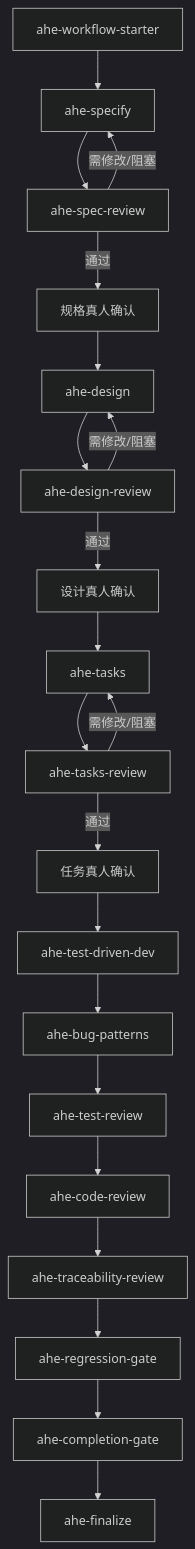
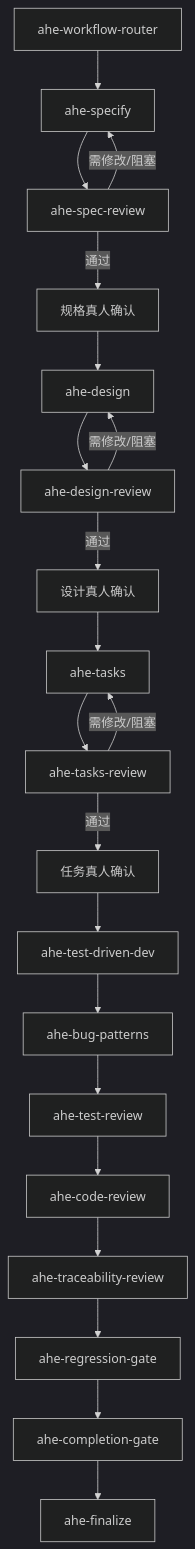
The second of 3 diagrams in skills/ahe-skills-design.md (hujianbest/awesome-harness), drawn with Mermaid (dark theme) before and after one commit. The commit also changed other lines of this file and 62 other files, not shown here.

First line of the commit message:
完成 starter 退场并收口 router-era 契约

````diff
--- a/skills/ahe-skills-design.md
+++ b/skills/ahe-skills-design.md
@@ -652,42 +655,42 @@
 ```mermaid
 flowchart TD
-    starter[ahe-workflow-starter]
+    router[ahe-workflow-router]
     specify[ahe-specify]
     specReview[ahe-spec-review]
     specConfirm[规格真人确认]
     design[ahe-design]
     designReview[ahe-design-review]
     designConfirm[设计真人确认]
     tasks[ahe-tasks]
     tasksReview[ahe-tasks-review]
     tasksConfirm[任务真人确认]
     implement[ahe-test-driven-dev]
     bugPatterns[ahe-bug-patterns]
     testReview[ahe-test-review]
     codeReview[ahe-code-review]
     traceabilityReview[ahe-traceability-review]
     regressionGate[ahe-regression-gate]
     completionGate[ahe-completion-gate]
     finalize[ahe-finalize]
 
-    starter --> specify
+    router --> specify
     specify --> specReview
     specReview -->|通过| specConfirm
     specReview -->|需修改/阻塞| specify
     specConfirm --> design
     design --> designReview
     designReview -->|通过| designConfirm
     designReview -->|需修改/阻塞| design
     designConfirm --> tasks
     tasks --> tasksReview
     tasksReview -->|通过| tasksConfirm
     tasksReview -->|需修改/阻塞| tasks
     tasksConfirm --> implement
     implement --> bugPatterns
     bugPatterns --> testReview
     testReview --> codeReview
     codeReview --> traceabilityReview
     traceabilityReview --> regressionGate
     regressionGate --> completionGate
     completionGate --> finalize
 ```
````
